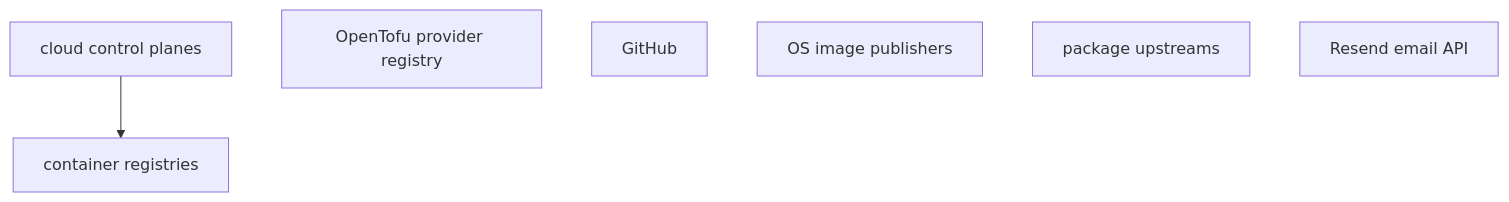
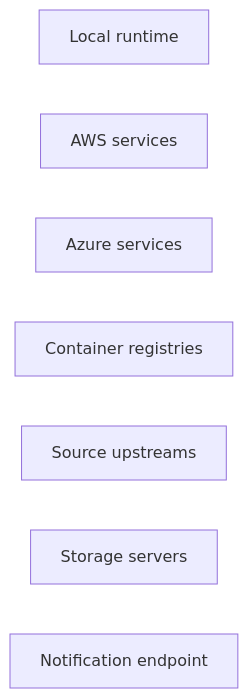
The seventh of 7 diagrams in docs/design/02-component-breakdown.md (alissonsol/yuruna), drawn with Mermaid before and after one commit. The commit also changed other lines of this file and 657 other files, not shown here.

````diff
--- a/docs/design/02-component-breakdown.md
+++ b/docs/design/02-component-breakdown.md
@@ -736,12 +150,10 @@
 ```mermaid
-flowchart TD
-    cloud-control-planes["cloud control planes"]
-    opentofu-provider-registry["OpenTofu provider registry"]
-    container-registries["container registries"]
-    github["GitHub"]
-    os-image-publishers["OS image publishers"]
-    package-upstreams["package upstreams"]
-    resend-email-api["Resend email API"]
-
-    cloud-control-planes --> container-registries
+flowchart LR
+  local-runtime["Local runtime"]
+  aws-services["AWS services"]
+  azure-services["Azure services"]
+  container-registries["Container registries"]
+  source-upstreams["Source upstreams"]
+  storage-servers["Storage servers"]
+  notification-endpoint["Notification endpoint"]
 ```
````
